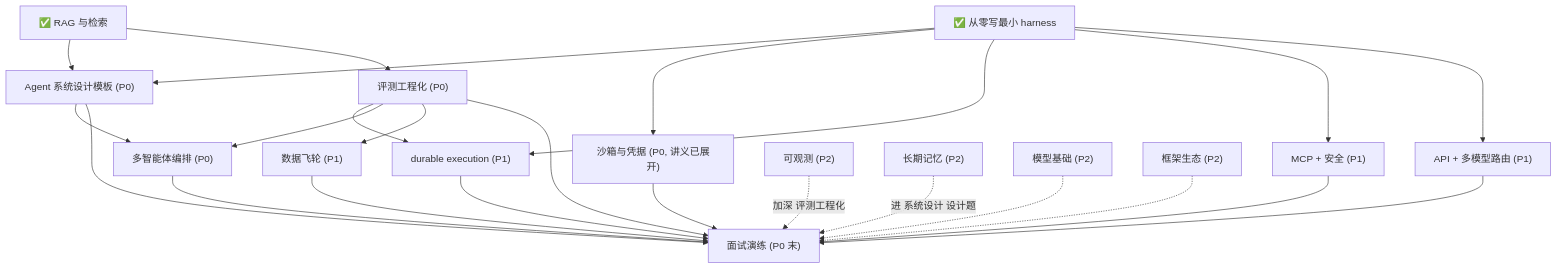
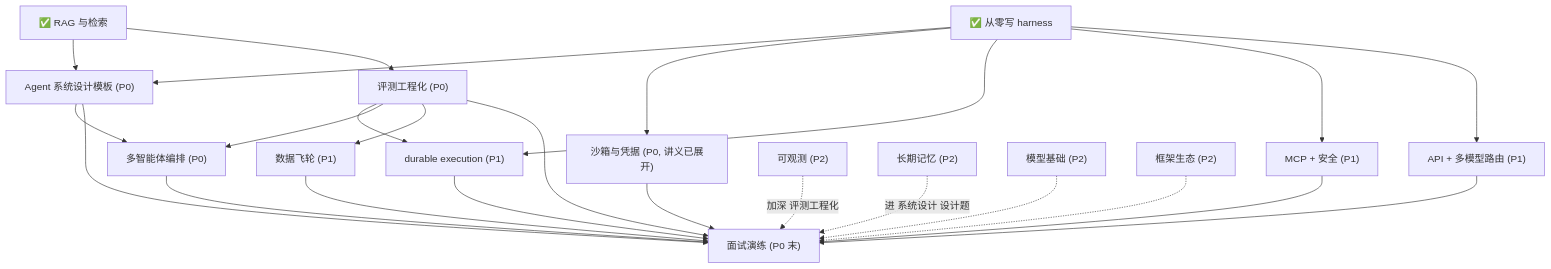
The diagram in notes/knowledge-map.md (zo0043/learn-agent-harness), drawn with Mermaid before and after one commit. The commit also changed other lines of this file and 34 other files, not shown here.

````diff
--- a/notes/knowledge-map.md
+++ b/notes/knowledge-map.md
@@ -36,26 +66,26 @@
 ```mermaid
 graph TD
-  A["✅ 从零写最小 harness"] --> C["Agent 系统设计模板 (P0)"]
+  A["✅ 从零写 harness"] --> C["Agent 系统设计模板 (P0)"]
   B["✅ RAG 与检索"] --> C
   A --> E["沙箱与凭据 (P0, 讲义已展开)"]
   B --> H["评测工程化 (P0)"]
   A --> G["durable execution (P1)"]
   H --> G
   A --> I["MCP + 安全 (P1)"]
   C --> N["多智能体编排 (P0)"]
   H --> N
   N --> Z
   A --> J["API + 多模型路由 (P1)"]
   H --> K["数据飞轮 (P1)"]
   C --> Z["面试演练 (P0 末)"]
   E --> Z
   H --> Z
   G --> Z
   I --> Z
   J --> Z
   K --> Z
   D["可观测 (P2)"] -.->|加深 评测工程化| Z
   F["长期记忆 (P2)"] -.->|进 系统设计 设计题| Z
   L["模型基础 (P2)"] -.-> Z
   M["框架生态 (P2)"] -.-> Z
 ```
````
